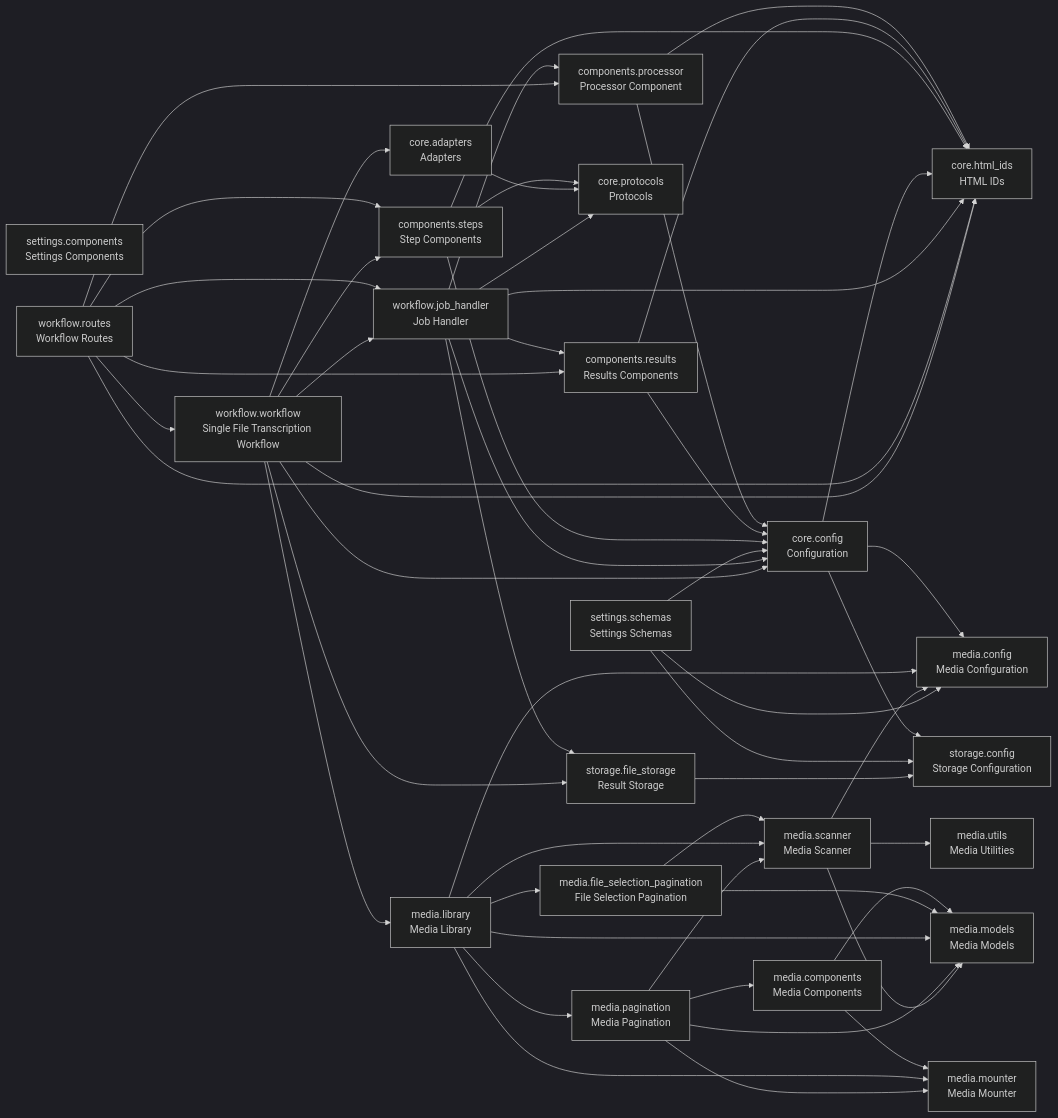
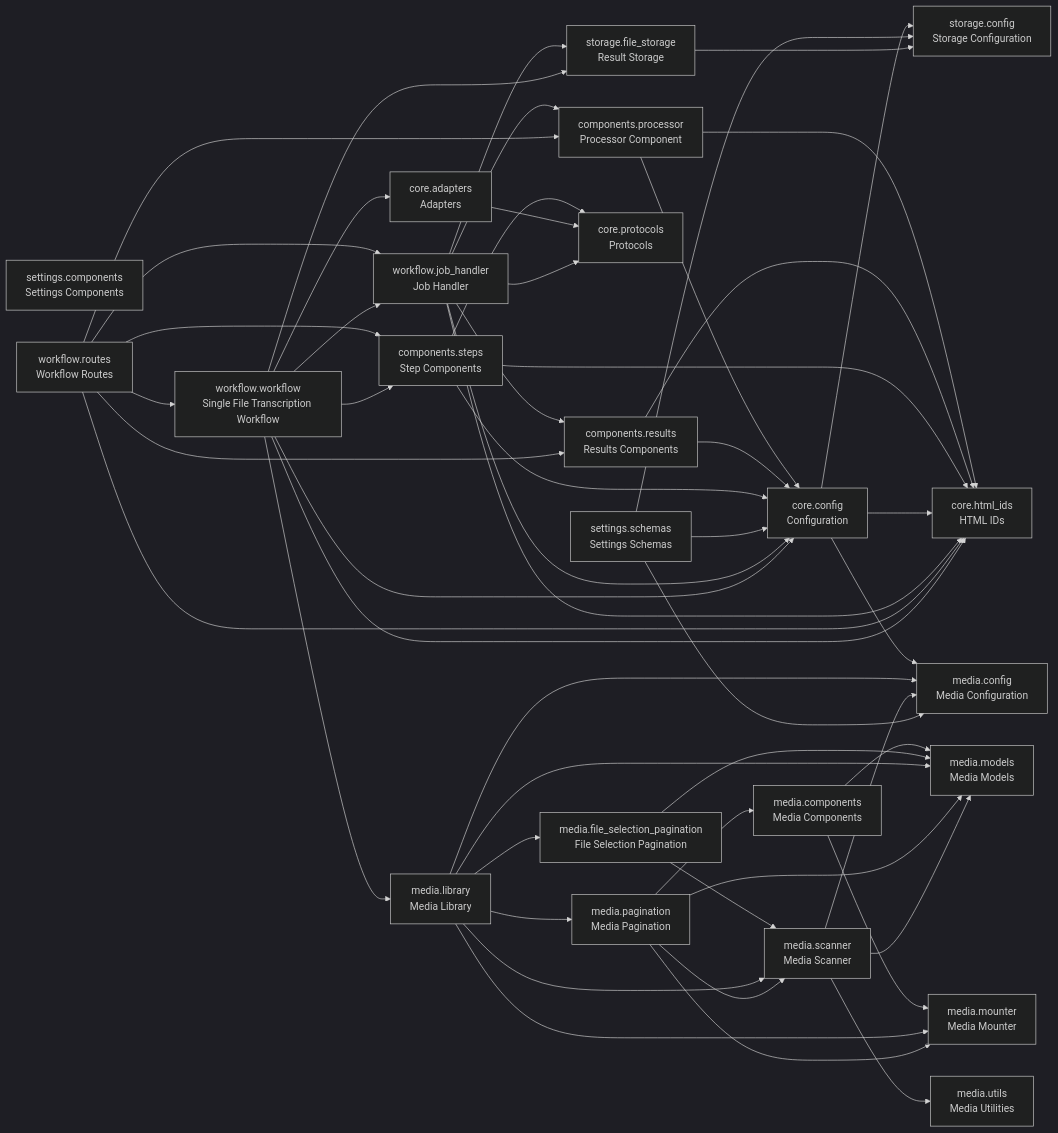
One commit to cj-mills/cjm-fasthtml-workflow-transcription-single-file changed the diagram in README.md. Above: the diagram before and after it, drawn with Mermaid (dark theme). The commit also changed other lines of this file and 7 other files, not shown here.

Commit message:
Simplify workflow initialization with auto-loading config from saved settings.

````diff
--- a/README.md
+++ b/README.md
@@ -49,78 +49,78 @@
 ``` mermaid
 graph LR
     components_processor[components.processor<br/>Processor Component]
     components_results[components.results<br/>Results Components]
     components_steps[components.steps<br/>Step Components]
     core_adapters[core.adapters<br/>Adapters]
     core_config[core.config<br/>Configuration]
     core_html_ids[core.html_ids<br/>HTML IDs]
     core_protocols[core.protocols<br/>Protocols]
     media_components[media.components<br/>Media Components]
     media_config[media.config<br/>Media Configuration]
     media_file_selection_pagination[media.file_selection_pagination<br/>File Selection Pagination]
     media_library[media.library<br/>Media Library]
     media_models[media.models<br/>Media Models]
     media_mounter[media.mounter<br/>Media Mounter]
     media_pagination[media.pagination<br/>Media Pagination]
     media_scanner[media.scanner<br/>Media Scanner]
     media_utils[media.utils<br/>Media Utilities]
     settings_components[settings.components<br/>Settings Components]
     settings_schemas[settings.schemas<br/>Settings Schemas]
     storage_config[storage.config<br/>Storage Configuration]
     storage_file_storage[storage.file_storage<br/>Result Storage]
     workflow_job_handler[workflow.job_handler<br/>Job Handler]
     workflow_routes[workflow.routes<br/>Workflow Routes]
     workflow_workflow[workflow.workflow<br/>Single File Transcription Workflow]
 
     components_processor --> core_config
     components_processor --> core_html_ids
     components_results --> core_config
     components_results --> core_html_ids
     components_steps --> core_protocols
     components_steps --> core_config
     components_steps --> core_html_ids
     core_adapters --> core_protocols
     core_config --> core_html_ids
     core_config --> media_config
     core_config --> storage_config
+    media_components --> media_models
     media_components --> media_mounter
-    media_components --> media_models
+    media_file_selection_pagination --> media_models
     media_file_selection_pagination --> media_scanner
-    media_file_selection_pagination --> media_models
+    media_library --> media_pagination
+    media_library --> media_config
     media_library --> media_file_selection_pagination
     media_library --> media_mounter
-    media_library --> media_config
-    media_library --> media_pagination
+    media_library --> media_models
     media_library --> media_scanner
-    media_library --> media_models
+    media_pagination --> media_models
     media_pagination --> media_components
     media_pagination --> media_mounter
     media_pagination --> media_scanner
-    media_pagination --> media_models
+    media_scanner --> media_config
     media_scanner --> media_utils
-    media_scanner --> media_config
     media_scanner --> media_models
-    settings_schemas --> media_config
     settings_schemas --> core_config
     settings_schemas --> storage_config
+    settings_schemas --> media_config
     storage_file_storage --> storage_config
-    workflow_job_handler --> core_html_ids
     workflow_job_handler --> core_config
     workflow_job_handler --> storage_file_storage
+    workflow_job_handler --> core_html_ids
+    workflow_job_handler --> core_protocols
+    workflow_job_handler --> components_processor
     workflow_job_handler --> components_results
-    workflow_job_handler --> components_processor
-    workflow_job_handler --> core_protocols
+    workflow_routes --> workflow_workflow
     workflow_routes --> core_html_ids
     workflow_routes --> workflow_job_handler
+    workflow_routes --> components_processor
+    workflow_routes --> components_results
     workflow_routes --> components_steps
-    workflow_routes --> components_results
-    workflow_routes --> components_processor
-    workflow_routes --> workflow_workflow
+    workflow_workflow --> storage_file_storage
+    workflow_workflow --> workflow_job_handler
+    workflow_workflow --> core_adapters
+    workflow_workflow --> core_config
     workflow_workflow --> components_steps
-    workflow_workflow --> core_config
-    workflow_workflow --> storage_file_storage
-    workflow_workflow --> core_adapters
-    workflow_workflow --> workflow_job_handler
     workflow_workflow --> core_html_ids
     workflow_workflow --> media_library
 ```
````
